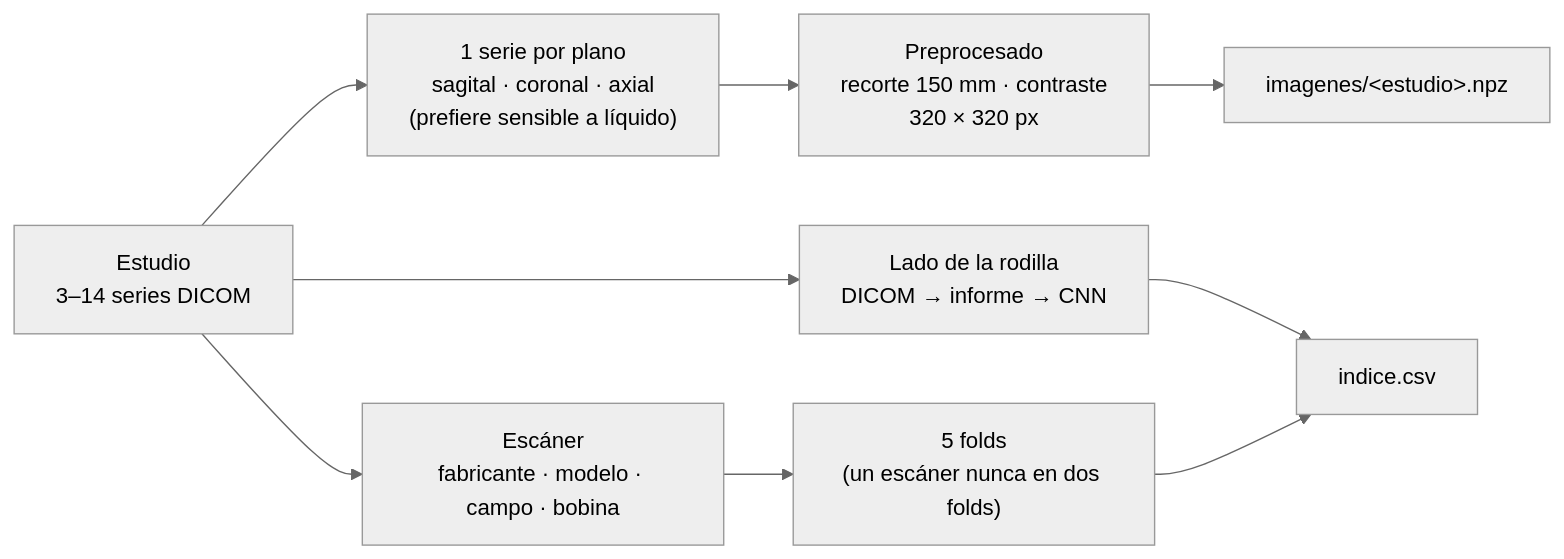
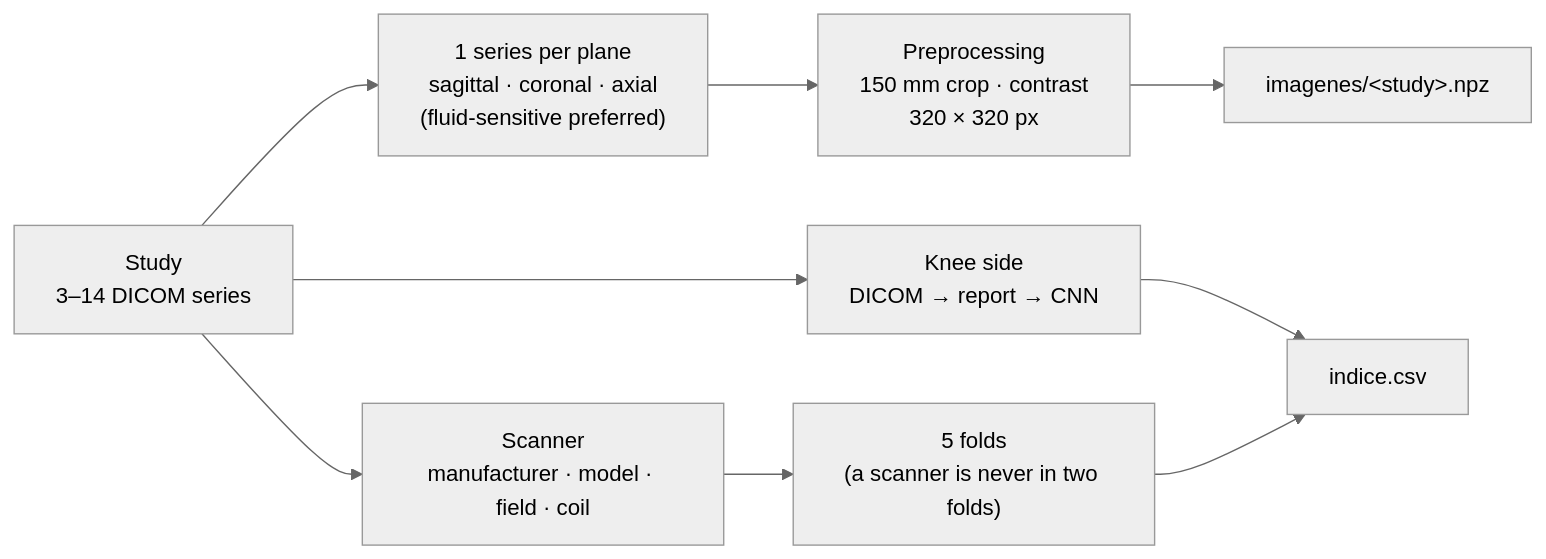
One commit to sergio100899/rsna-knee-multilabel-cnn changed the diagram in imagenes/README.md. Above: the diagram before and after it, drawn with Mermaid (neutral theme). The commit also changed other lines of this file and 12 other files, not shown here.

````diff
--- a/imagenes/README.md
+++ b/imagenes/README.md
@@ -15,11 +17,11 @@
 ```mermaid
 flowchart LR
-    D["Estudio<br/>3–14 series DICOM"] --> E["1 serie por plano<br/>sagital · coronal · axial<br/>(prefiere sensible a líquido)"]
-    E --> P["Preprocesado<br/>recorte 150 mm · contraste<br/>320 × 320 px"]
-    P --> N["imagenes/&lt;estudio&gt;.npz"]
-    D --> L["Lado de la rodilla<br/>DICOM → informe → CNN"]
-    D --> S["Escáner<br/>fabricante · modelo · campo · bobina"]
-    S --> F["5 folds<br/>(un escáner nunca en dos folds)"]
+    D["Study<br/>3–14 DICOM series"] --> E["1 series per plane<br/>sagittal · coronal · axial<br/>(fluid-sensitive preferred)"]
+    E --> P["Preprocessing<br/>150 mm crop · contrast<br/>320 × 320 px"]
+    P --> N["imagenes/&lt;study&gt;.npz"]
+    D --> L["Knee side<br/>DICOM → report → CNN"]
+    D --> S["Scanner<br/>manufacturer · model · field · coil"]
+    S --> F["5 folds<br/>(a scanner is never in two folds)"]
     L --> I["indice.csv"]
     F --> I
 ```
````
